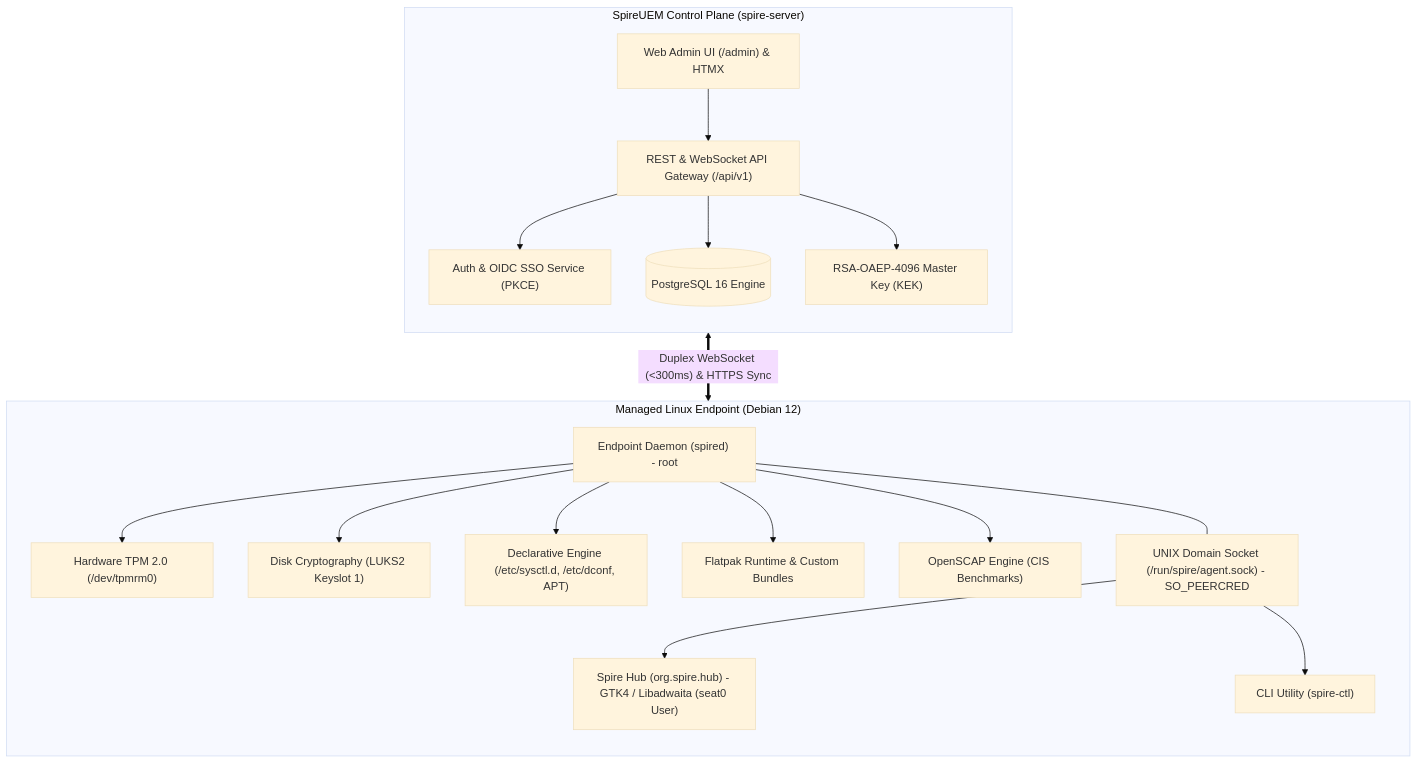
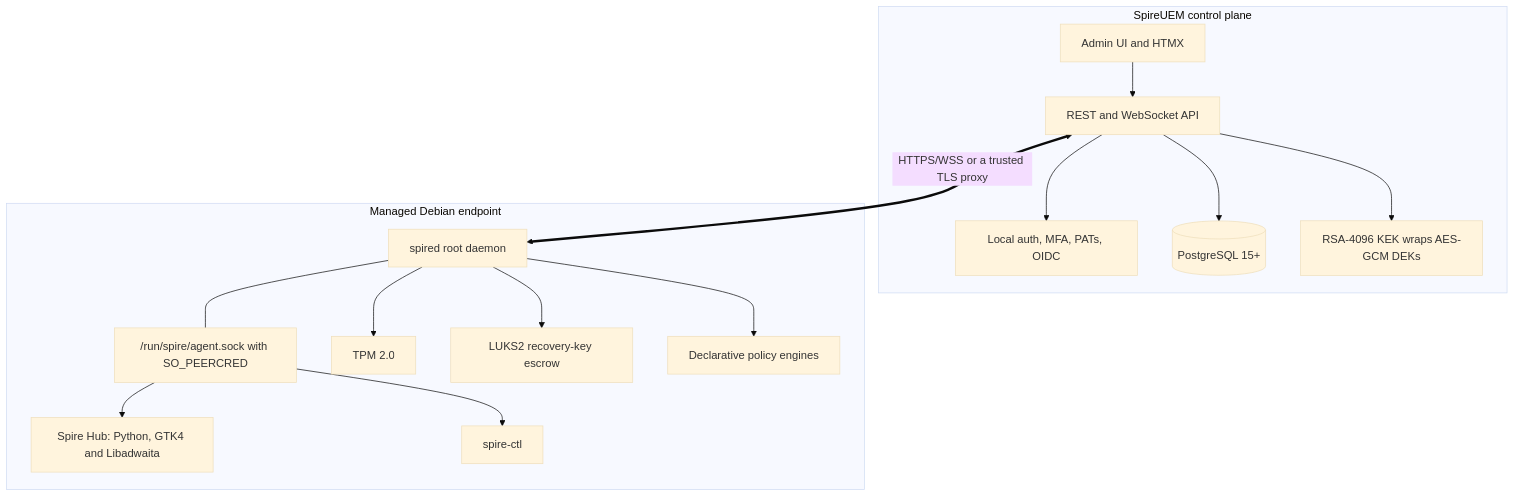
The diagram in README.md (graynetwork/spire-uem), drawn with Mermaid (base theme) before and after one commit. The commit also changed other lines of this file and 7 other files, not shown here.

````diff
--- a/README.md
+++ b/README.md
@@ -17,42 +11,32 @@
 ```mermaid
 flowchart TD
-    subgraph ControlPlane["SpireUEM Control Plane (spire-server)"]
-        direction TB
-        WebUI["Web Admin UI (/admin) & HTMX"]
-        API["REST & WebSocket API Gateway (/api/v1)"]
-        AuthSvc["Auth & OIDC SSO Service (PKCE)"]
-        DB[(PostgreSQL 16 Engine)]
-        KEK["RSA-OAEP-4096 Master Key (KEK)"]
-        
+    subgraph ControlPlane["SpireUEM control plane"]
+        WebUI["Admin UI and HTMX"]
+        API["REST and WebSocket API"]
+        Auth["Local auth, MFA, PATs, OIDC"]
+        DB[(PostgreSQL 15+)]
+        KEK["RSA-4096 KEK wraps AES-GCM DEKs"]
         WebUI --> API
-        API --> AuthSvc
+        API --> Auth
         API --> DB
         API --> KEK
     end
 
-    subgraph ClientEndpoint["Managed Linux Endpoint (Debian 12)"]
-        direction TB
-        Spired["Endpoint Daemon (spired) - root"]
-        IPCSocket["UNIX Domain Socket (/run/spire/agent.sock) - SO_PEERCRED"]
-        SpireHub["Spire Hub (org.spire.hub) - GTK4 / Libadwaita (seat0 User)"]
-        SpireCTL["CLI Utility (spire-ctl)"]
-
-        TPM["Hardware TPM 2.0 (/dev/tpmrm0)"]
-        LUKS["Disk Cryptography (LUKS2 Keyslot 1)"]
-        OSConfigs["Declarative Engine (/etc/sysctl.d, /etc/dconf, APT)"]
-        Flatpak["Flatpak Runtime & Custom Bundles"]
-        SCAP["OpenSCAP Engine (CIS Benchmarks)"]
-
+    subgraph Endpoint["Managed Debian endpoint"]
+        Spired["spired root daemon"]
+        IPC["/run/spire/agent.sock with SO_PEERCRED"]
+        Hub["Spire Hub: Python, GTK4 and Libadwaita"]
+        CLI["spire-ctl"]
+        TPM["TPM 2.0"]
+        LUKS["LUKS2 recovery-key escrow"]
+        Policy["Declarative policy engines"]
         Spired --> TPM
         Spired --> LUKS
-        Spired --> OSConfigs
-        Spired --> Flatpak
-        Spired --> SCAP
-
-        Spired --- IPCSocket
-        IPCSocket --> SpireHub
-        IPCSocket --> SpireCTL
+        Spired --> Policy
+        Spired --- IPC
+        IPC --> Hub
+        IPC --> CLI
     end
 
-    API <== "Duplex WebSocket (<300ms) & HTTPS Sync" ==> Spired
+    API <== "HTTPS/WSS or a trusted TLS proxy" ==> Spired
 ```
````
